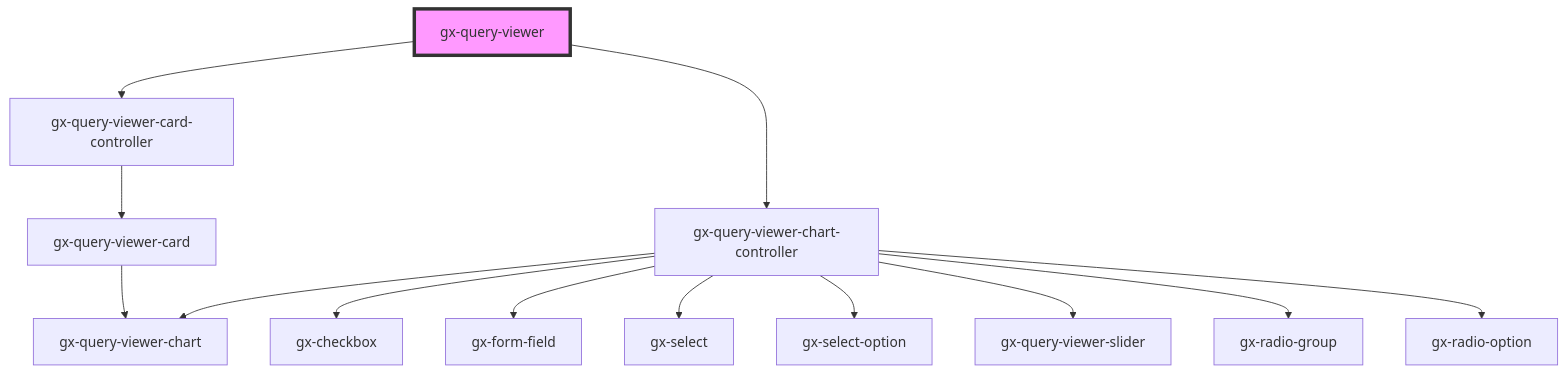
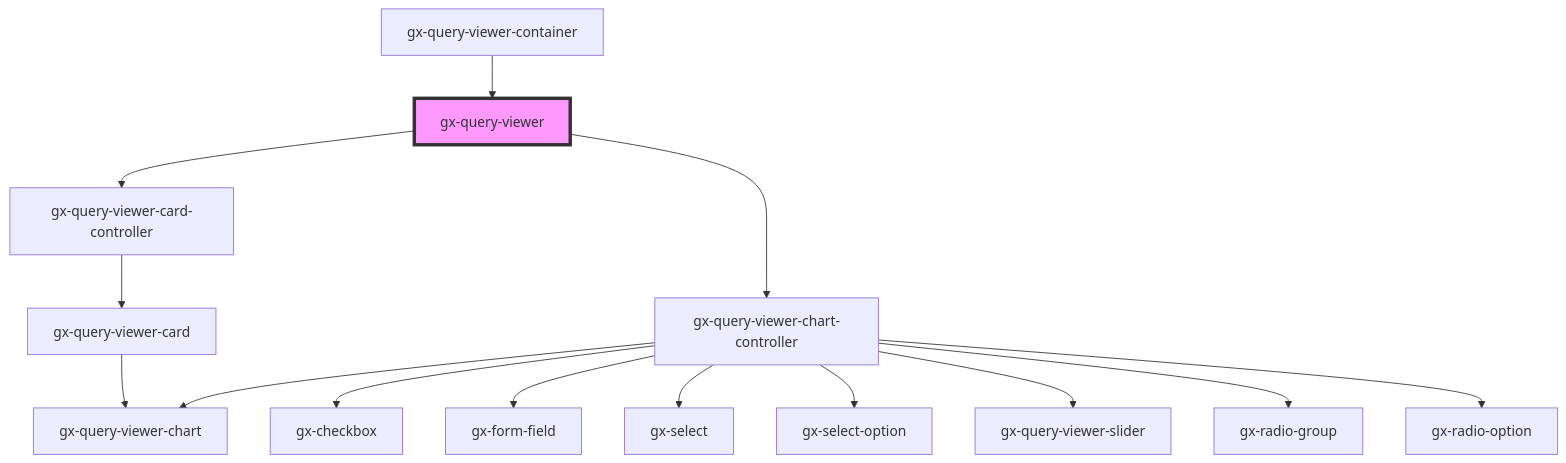
One commit to genexuslabs/reporting-controls-library changed the diagram in src/components/query-viewer/readme.md. Above: the diagram before and after it, drawn with Mermaid. The commit also changed other lines of this file and 29 other files, not shown here.

````diff
--- a/src/components/query-viewer/readme.md
+++ b/src/components/query-viewer/readme.md
@@ -67,16 +68,17 @@
 ```mermaid
 graph TD;
   gx-query-viewer --> gx-query-viewer-card-controller
   gx-query-viewer --> gx-query-viewer-chart-controller
   gx-query-viewer-card-controller --> gx-query-viewer-card
   gx-query-viewer-card --> gx-query-viewer-chart
   gx-query-viewer-chart-controller --> gx-query-viewer-chart
   gx-query-viewer-chart-controller --> gx-checkbox
   gx-query-viewer-chart-controller --> gx-form-field
   gx-query-viewer-chart-controller --> gx-select
   gx-query-viewer-chart-controller --> gx-select-option
   gx-query-viewer-chart-controller --> gx-query-viewer-slider
   gx-query-viewer-chart-controller --> gx-radio-group
   gx-query-viewer-chart-controller --> gx-radio-option
+  gx-query-viewer-container --> gx-query-viewer
   style gx-query-viewer fill:#f9f,stroke:#333,stroke-width:4px
 ```
````
